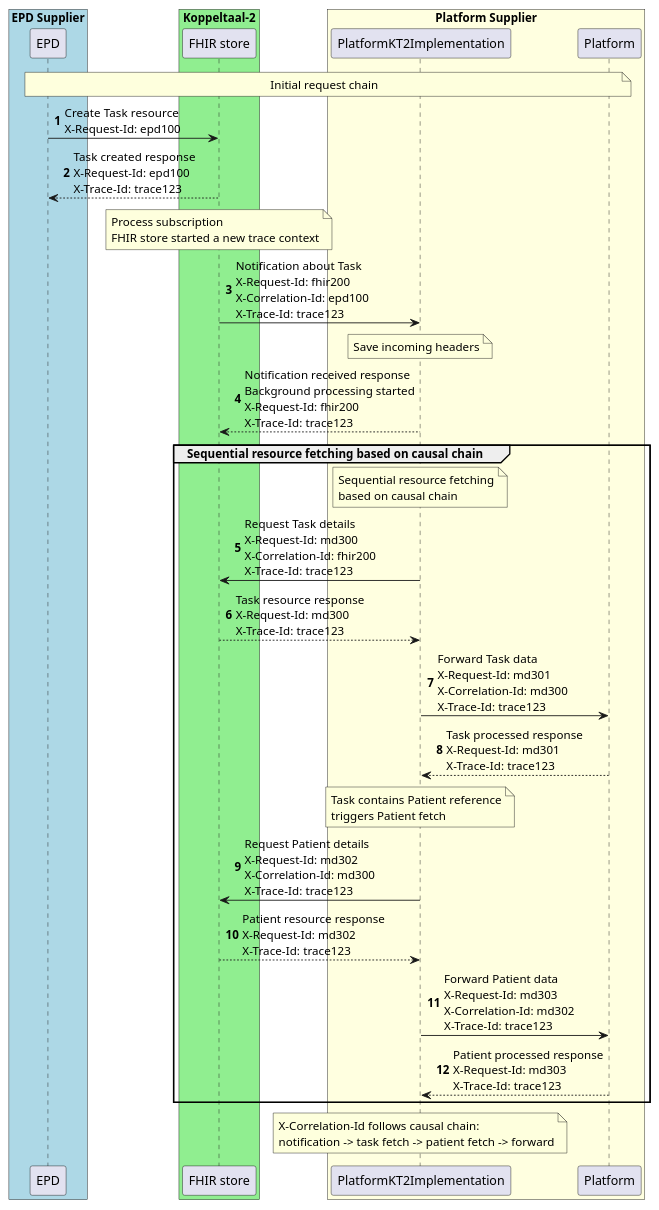
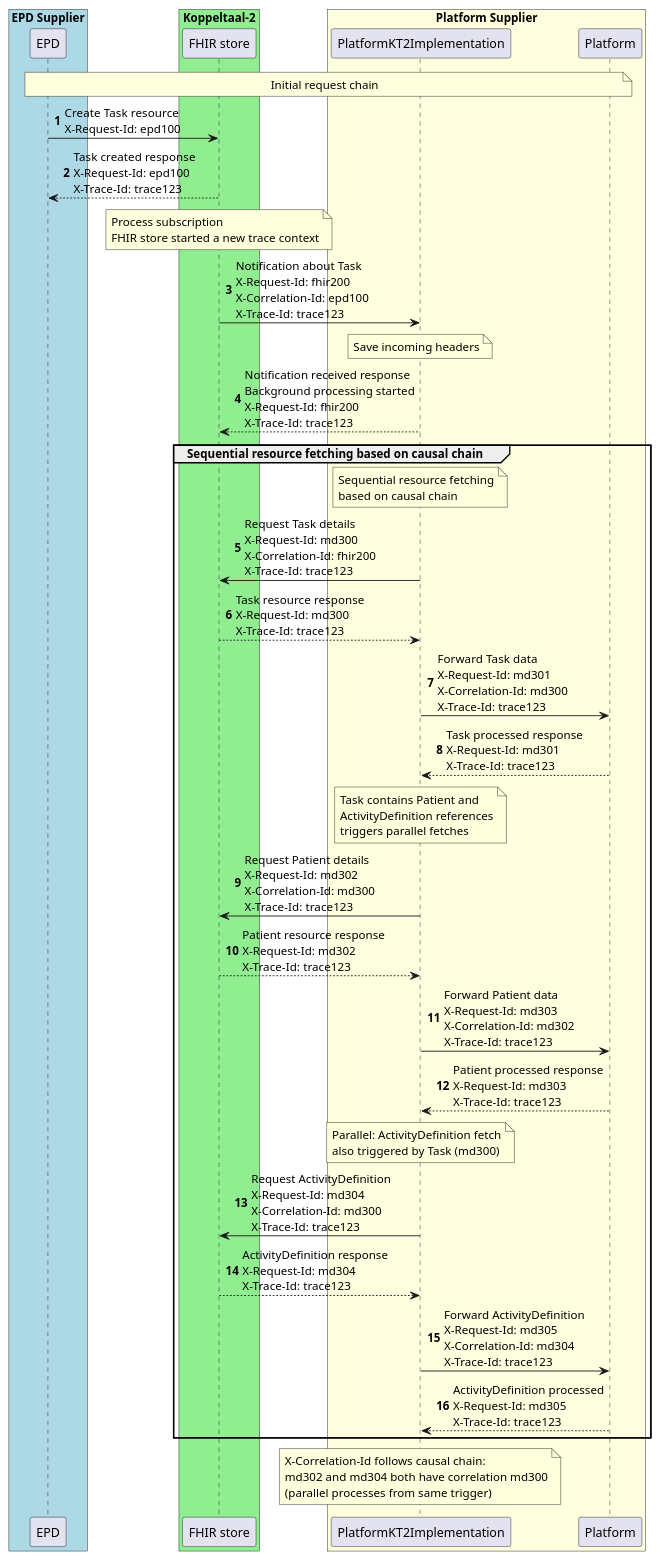
One commit to vzvznl/Koppeltaal-2.0-FHIR changed the diagram in input/images-source/trace-headers-sequence.plantuml. Above: the diagram before and after it, drawn with PlantUML. The commit also changed 1 other file, not shown here.

Commit message:
docs: add ActivityDefinition to trace headers example for parallel processing
- Show that Task contains both Patient and ActivityDefinition references
- Both fetches have same X-Correlation-Id (md300) demonstrating parallel processes
- Update PlantUML diagram, tables, and Bijlage A with ActivityDefinition flow
- Add parallel requests example to proposed X-Correlation-Id text

```diff
--- a/input/images-source/trace-headers-sequence.plantuml
+++ b/input/images-source/trace-headers-sequence.plantuml
@@ -1,53 +1,61 @@
 @startuml trace-headers-sequence
 autonumber
 
 box "EPD Supplier" #LightBlue
     participant EPD
 end box
 
 box "Koppeltaal-2" #LightGreen
     participant "FHIR store" as FHIRStore
 end box
 
 box "Platform Supplier" #LightYellow
     participant "PlatformKT2Implementation" as kt2implementation
     participant Platform as platform
 end box
 
 note over EPD, platform: Initial request chain
 
 EPD -> FHIRStore: Create Task resource\nX-Request-Id: epd100
 
 FHIRStore --> EPD: Task created response\nX-Request-Id: epd100\nX-Trace-Id: trace123
 
 note over FHIRStore: Process subscription\nFHIR store started a new trace context
 
 FHIRStore -> kt2implementation: Notification about Task\nX-Request-Id: fhir200\nX-Correlation-Id: epd100\nX-Trace-Id: trace123
 
 note over kt2implementation: Save incoming headers
 
 kt2implementation --> FHIRStore: Notification received response\nBackground processing started\nX-Request-Id: fhir200\nX-Trace-Id: trace123
 
 group Sequential resource fetching based on causal chain
 
     note over kt2implementation: Sequential resource fetching\nbased on causal chain
 
     kt2implementation -> FHIRStore: Request Task details\nX-Request-Id: md300\nX-Correlation-Id: fhir200\nX-Trace-Id: trace123
     FHIRStore --> kt2implementation: Task resource response\nX-Request-Id: md300\nX-Trace-Id: trace123
 
     kt2implementation -> platform: Forward Task data\nX-Request-Id: md301\nX-Correlation-Id: md300\nX-Trace-Id: trace123
     platform --> kt2implementation: Task processed response\nX-Request-Id: md301\nX-Trace-Id: trace123
 
-    note over kt2implementation: Task contains Patient reference\ntriggers Patient fetch
+    note over kt2implementation: Task contains Patient and\nActivityDefinition references\ntriggers parallel fetches
 
     kt2implementation -> FHIRStore: Request Patient details\nX-Request-Id: md302\nX-Correlation-Id: md300\nX-Trace-Id: trace123
     FHIRStore --> kt2implementation: Patient resource response\nX-Request-Id: md302\nX-Trace-Id: trace123
 
     kt2implementation -> platform: Forward Patient data\nX-Request-Id: md303\nX-Correlation-Id: md302\nX-Trace-Id: trace123
     platform --> kt2implementation: Patient processed response\nX-Request-Id: md303\nX-Trace-Id: trace123
 
+    note over kt2implementation: Parallel: ActivityDefinition fetch\nalso triggered by Task (md300)
+
+    kt2implementation -> FHIRStore: Request ActivityDefinition\nX-Request-Id: md304\nX-Correlation-Id: md300\nX-Trace-Id: trace123
+    FHIRStore --> kt2implementation: ActivityDefinition response\nX-Request-Id: md304\nX-Trace-Id: trace123
+
+    kt2implementation -> platform: Forward ActivityDefinition\nX-Request-Id: md305\nX-Correlation-Id: md304\nX-Trace-Id: trace123
+    platform --> kt2implementation: ActivityDefinition processed\nX-Request-Id: md305\nX-Trace-Id: trace123
+
 end group
 
-note over kt2implementation: X-Correlation-Id follows causal chain:\nnotification -> task fetch -> patient fetch -> forward
+note over kt2implementation: X-Correlation-Id follows causal chain:\nmd302 and md304 both have correlation md300\n(parallel processes from same trigger)
 
 @enduml
```
